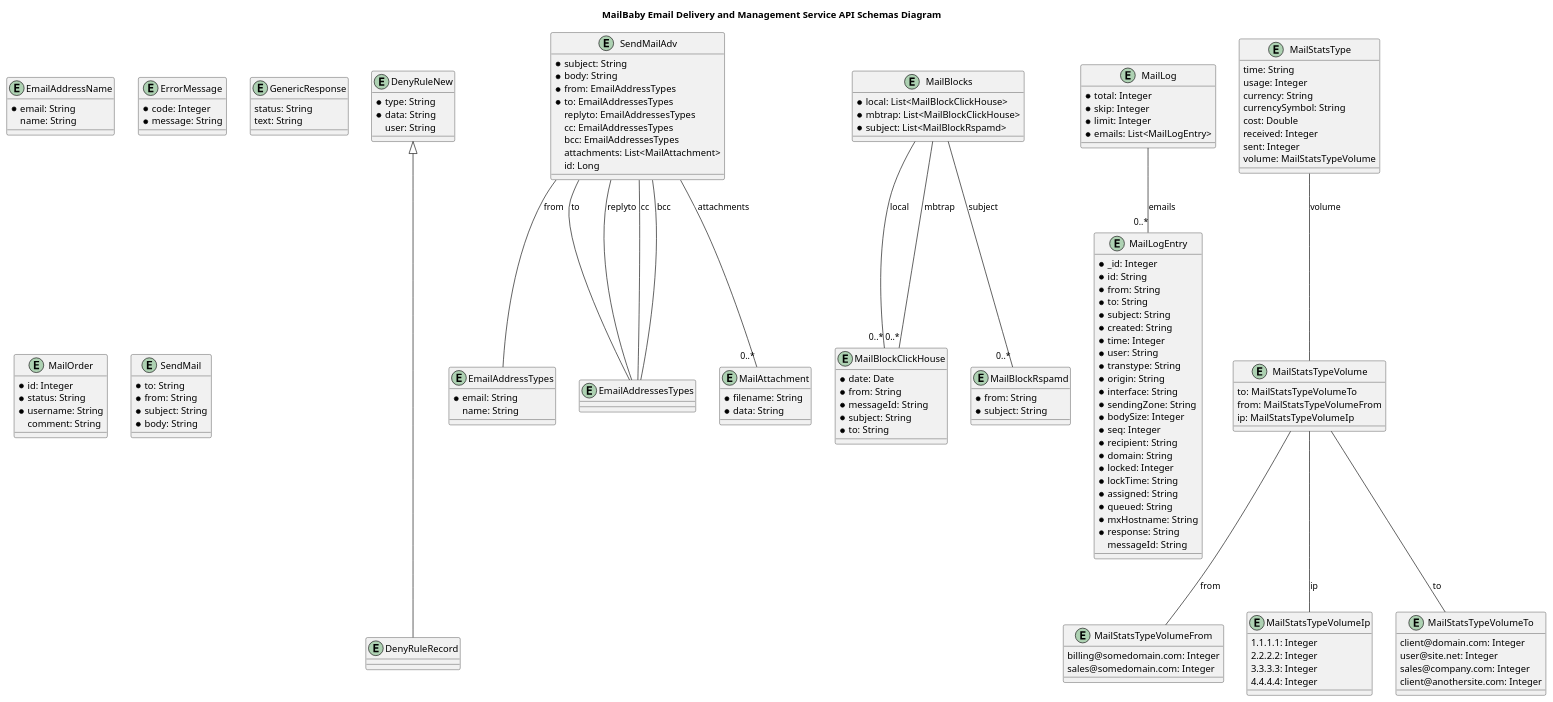
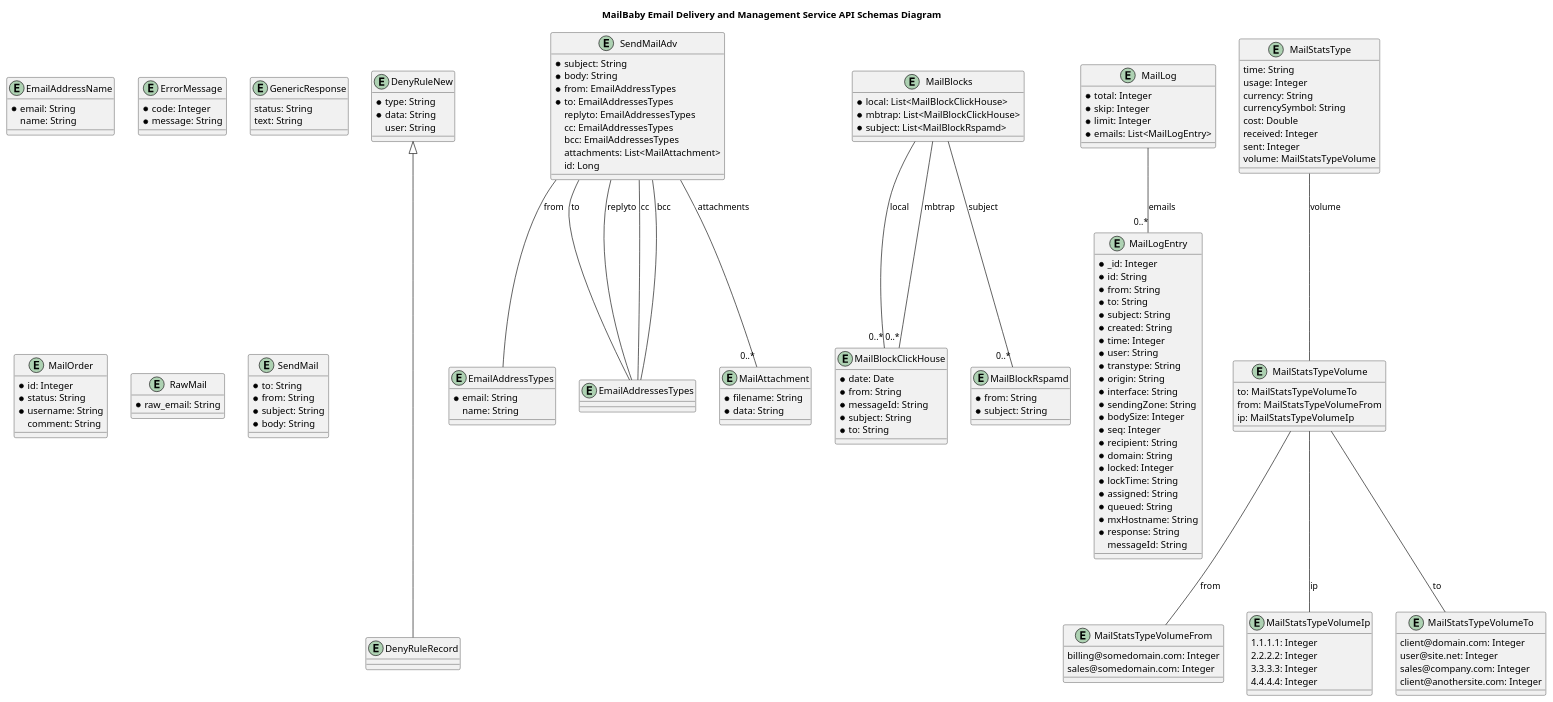
The diagram in openapi-documentation/plantuml/schemas.plantuml (interserver/mailbaby-api-samples), drawn with PlantUML before and after one commit. The commit also changed 3125 other files, not shown here.

```diff
--- a/openapi-documentation/plantuml/schemas.plantuml
+++ b/openapi-documentation/plantuml/schemas.plantuml
@@ -1,173 +1,177 @@
 @startuml
 
 title MailBaby Email Delivery and Management Service API Schemas Diagram
 
 entity DenyRuleNew {
     * type: String
     * data: String
     user: String
 }
 
 entity DenyRuleRecord {
 }
 
 entity EmailAddressName {
     * email: String
     name: String
 }
 
 entity EmailAddressTypes {
     * email: String
     name: String
 }
 
 entity EmailAddressesTypes {
 }
 
 entity ErrorMessage {
     * code: Integer
     * message: String
 }
 
 entity GenericResponse {
     status: String
     text: String
 }
 
 entity MailAttachment {
     * filename: String
     * data: String
 }
 
 entity MailBlockClickHouse {
     * date: Date
     * from: String
     * messageId: String
     * subject: String
     * to: String
 }
 
 entity MailBlockRspamd {
     * from: String
     * subject: String
 }
 
 entity MailBlocks {
     * local: List<MailBlockClickHouse>
     * mbtrap: List<MailBlockClickHouse>
     * subject: List<MailBlockRspamd>
 }
 
 entity MailLog {
     * total: Integer
     * skip: Integer
     * limit: Integer
     * emails: List<MailLogEntry>
 }
 
 entity MailLogEntry {
     * _id: Integer
     * id: String
     * from: String
     * to: String
     * subject: String
     * created: String
     * time: Integer
     * user: String
     * transtype: String
     * origin: String
     * interface: String
     * sendingZone: String
     * bodySize: Integer
     * seq: Integer
     * recipient: String
     * domain: String
     * locked: Integer
     * lockTime: String
     * assigned: String
     * queued: String
     * mxHostname: String
     * response: String
     messageId: String
 }
 
 entity MailOrder {
     * id: Integer
     * status: String
     * username: String
     comment: String
 }
 
 entity MailStatsType {
     time: String
     usage: Integer
     currency: String
     currencySymbol: String
     cost: Double
     received: Integer
     sent: Integer
     volume: MailStatsTypeVolume
 }
 
 entity MailStatsTypeVolume {
     to: MailStatsTypeVolumeTo
     from: MailStatsTypeVolumeFrom
     ip: MailStatsTypeVolumeIp
 }
 
 entity MailStatsTypeVolumeFrom {
     billing@somedomain.com: Integer
     sales@somedomain.com: Integer
 }
 
 entity MailStatsTypeVolumeIp {
     1.1.1.1: Integer
     2.2.2.2: Integer
     3.3.3.3: Integer
     4.4.4.4: Integer
 }
 
 entity MailStatsTypeVolumeTo {
     client@domain.com: Integer
     user@site.net: Integer
     sales@company.com: Integer
     client@anothersite.com: Integer
 }
 
+entity RawMail {
+    * raw_email: String
+}
+
 entity SendMail {
     * to: String
     * from: String
     * subject: String
     * body: String
 }
 
 entity SendMailAdv {
     * subject: String
     * body: String
     * from: EmailAddressTypes
     * to: EmailAddressesTypes
     replyto: EmailAddressesTypes
     cc: EmailAddressesTypes
     bcc: EmailAddressesTypes
     attachments: List<MailAttachment>
     id: Long
 }
 
 DenyRuleNew <|--- DenyRuleRecord
 
 MailStatsTypeVolume -- MailStatsTypeVolumeTo : to
 MailStatsTypeVolume -- MailStatsTypeVolumeFrom : from
 MailStatsTypeVolume -- MailStatsTypeVolumeIp : ip
 MailStatsType -- MailStatsTypeVolume : volume
 SendMailAdv -- EmailAddressTypes : from
 SendMailAdv -- EmailAddressesTypes : to
 SendMailAdv -- EmailAddressesTypes : replyto
 SendMailAdv -- EmailAddressesTypes : cc
 SendMailAdv -- EmailAddressesTypes : bcc
 SendMailAdv -- "0..*" MailAttachment : attachments
 MailLog -- "0..*" MailLogEntry : emails
 MailBlocks -- "0..*" MailBlockClickHouse : local
 MailBlocks -- "0..*" MailBlockClickHouse : mbtrap
 MailBlocks -- "0..*" MailBlockRspamd : subject
 
 @enduml
```
